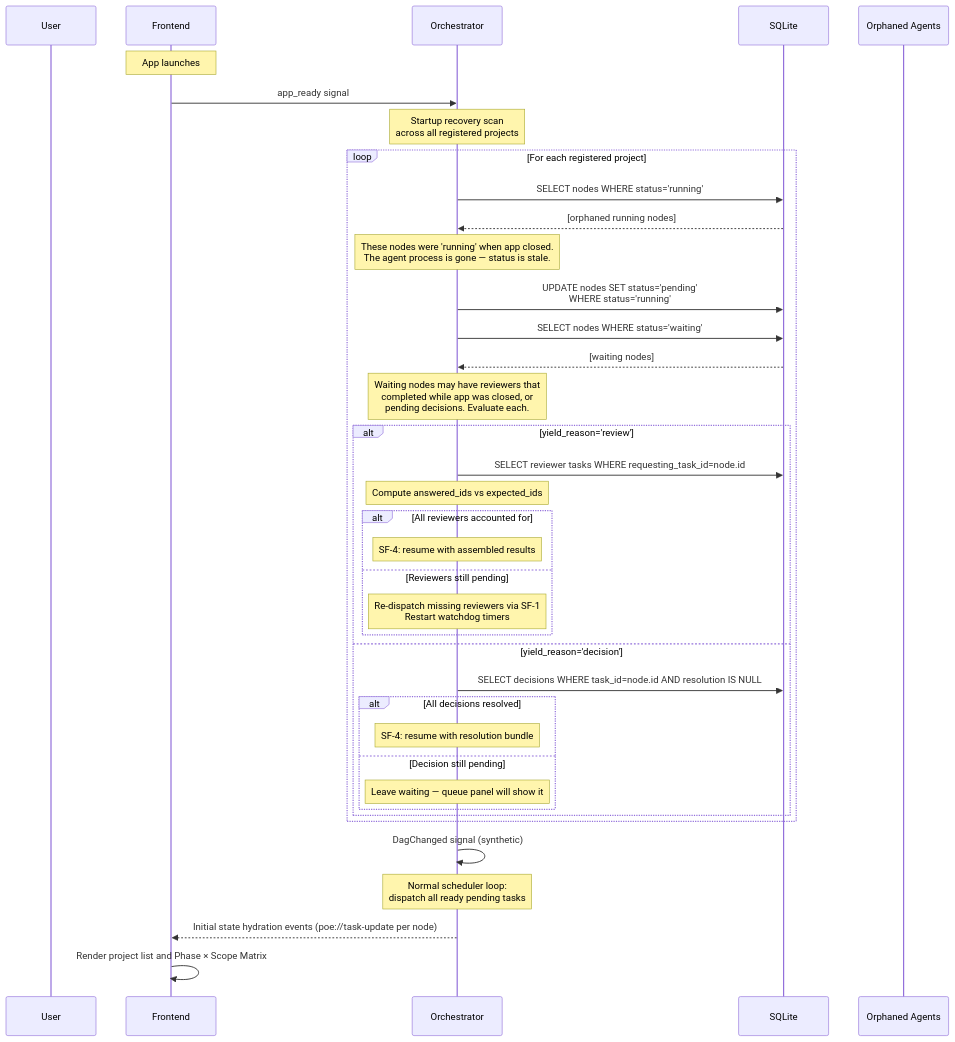
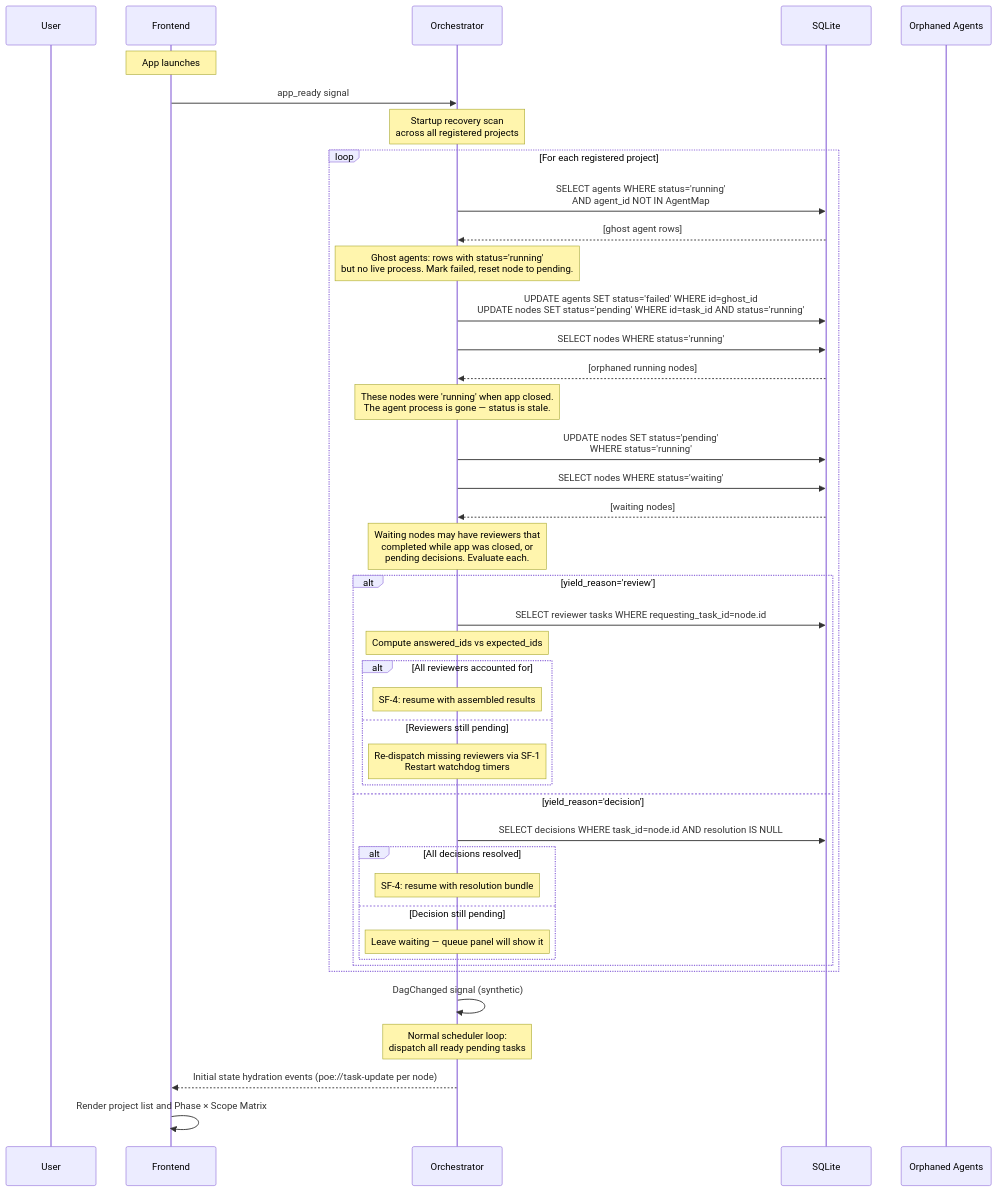
One commit to grant-traynor/bp6 changed the fourth of 10 diagrams in doc-POE/Flows.md. Above: the diagram before and after it, drawn with Mermaid. The commit also changed other lines of this file and 4 other files, not shown here.

````diff
--- a/doc-POE/Flows.md
+++ b/doc-POE/Flows.md
@@ -740,52 +740,59 @@
 ```mermaid
 sequenceDiagram
     participant User as User
     participant FE as Frontend
     participant Orch as Orchestrator
     participant DB as SQLite
     participant Agent as Orphaned Agents
 
     Note over FE: App launches
 
     FE->>Orch: app_ready signal
 
     Note over Orch: Startup recovery scan<br/>across all registered projects
 
     loop For each registered project
+        Orch->>DB: SELECT agents WHERE status='running'<br/>AND agent_id NOT IN AgentMap
+        DB-->>Orch: [ghost agent rows]
+
+        Note over Orch: Ghost agents: rows with status='running'<br/>but no live process. Mark failed, reset node to pending.
+
+        Orch->>DB: UPDATE agents SET status='failed' WHERE id=ghost_id<br/>UPDATE nodes SET status='pending' WHERE id=task_id AND status='running'
+
         Orch->>DB: SELECT nodes WHERE status='running'
         DB-->>Orch: [orphaned running nodes]
 
         Note over Orch: These nodes were 'running' when app closed.<br/>The agent process is gone — status is stale.
 
         Orch->>DB: UPDATE nodes SET status='pending'<br/>WHERE status='running'
 
         Orch->>DB: SELECT nodes WHERE status='waiting'
         DB-->>Orch: [waiting nodes]
 
         Note over Orch: Waiting nodes may have reviewers that<br/>completed while app was closed, or<br/>pending decisions. Evaluate each.
 
         alt yield_reason='review'
             Orch->>DB: SELECT reviewer tasks WHERE requesting_task_id=node.id
             Note over Orch: Compute answered_ids vs expected_ids
             alt All reviewers accounted for
                 Note over Orch: SF-4: resume with assembled results
             else Reviewers still pending
                 Note over Orch: Re-dispatch missing reviewers via SF-1<br/>Restart watchdog timers
             end
         else yield_reason='decision'
             Orch->>DB: SELECT decisions WHERE task_id=node.id AND resolution IS NULL
             alt All decisions resolved
                 Note over Orch: SF-4: resume with resolution bundle
             else Decision still pending
                 Note over Orch: Leave waiting — queue panel will show it
             end
         end
     end
 
     Orch->>Orch: DagChanged signal (synthetic)
 
     Note over Orch: Normal scheduler loop:<br/>dispatch all ready pending tasks
 
     Orch-->>FE: Initial state hydration events (poe://task-update per node)
     FE->>FE: Render project list and Phase × Scope Matrix
 ```
````
